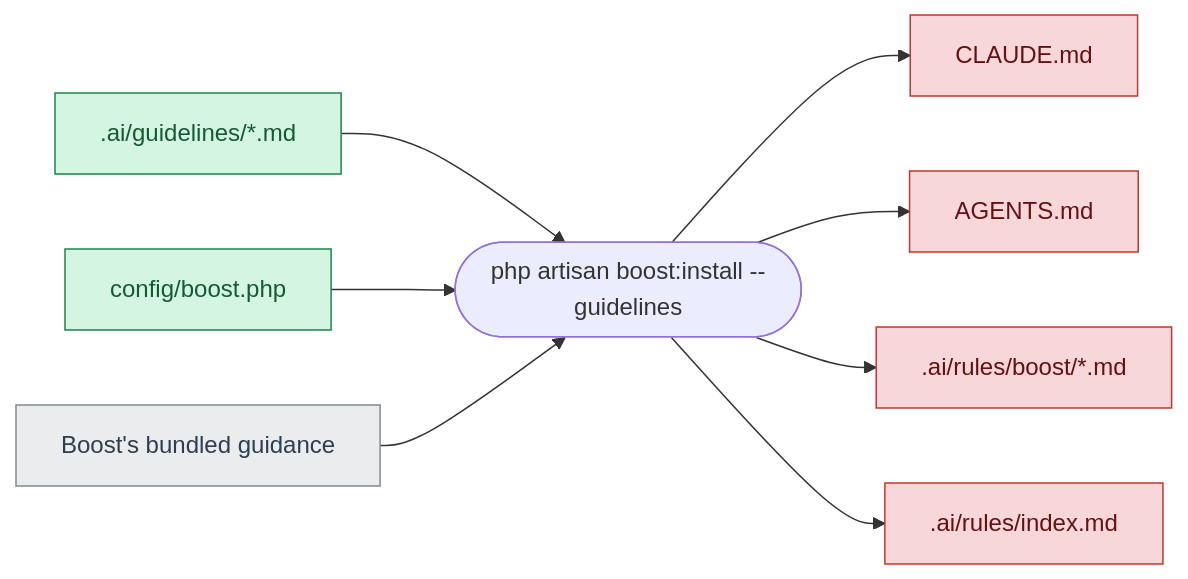
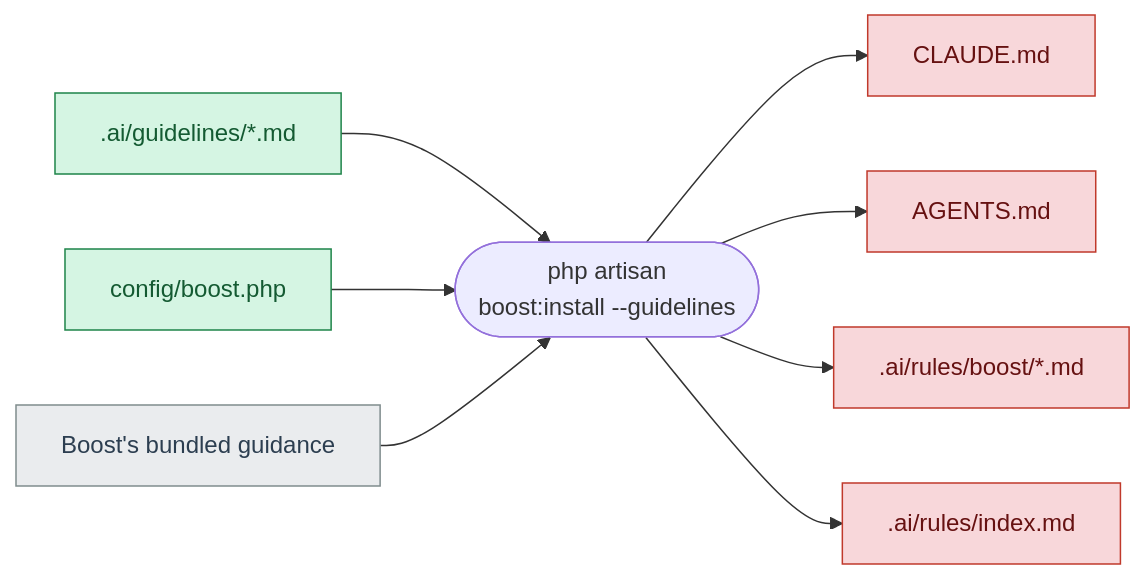
One commit to uberbrady/snipe-it changed the first of 2 diagrams in .ai/README.md. Above: the diagram before and after it, drawn with Mermaid.

Commit message:
Improve diagrams

````diff
--- a/.ai/README.md
+++ b/.ai/README.md
@@ -24,28 +24,28 @@
 ```mermaid
 flowchart LR
     G[".ai/guidelines/*.md"]
     CFG["config/boost.php"]
     V["Boost's bundled guidance"]
 
-    BI(["php artisan boost:install --guidelines"])
+    BI(["php artisan<br>boost:install --guidelines"])
 
     CLAUDE["CLAUDE.md"]
     AGENTS["AGENTS.md"]
     BR[".ai/rules/boost/*.md"]
     IDX[".ai/rules/index.md"]
 
     G --> BI
     CFG --> BI
     V --> BI
     BI --> CLAUDE
     BI --> AGENTS
     BI --> BR
     BI --> IDX
 
     classDef edit fill:#d5f5e3,stroke:#1e8449,color:#145a32;
     classDef gen fill:#f8d7da,stroke:#c0392b,color:#611;
     classDef vendor fill:#eaecee,stroke:#7f8c8d,color:#2c3e50;
     class G,CFG edit;
     class CLAUDE,AGENTS,BR,IDX gen;
     class V vendor;
 ```
````
